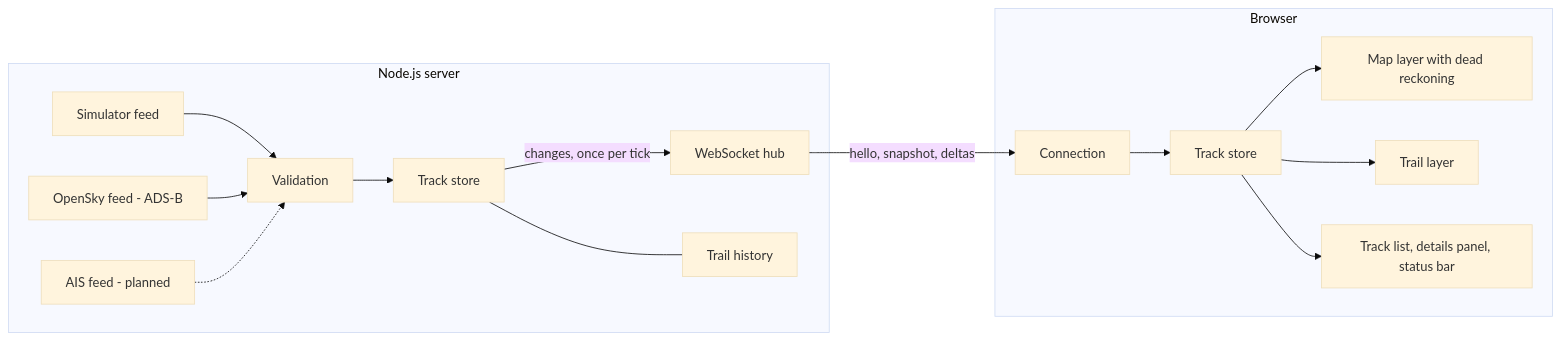
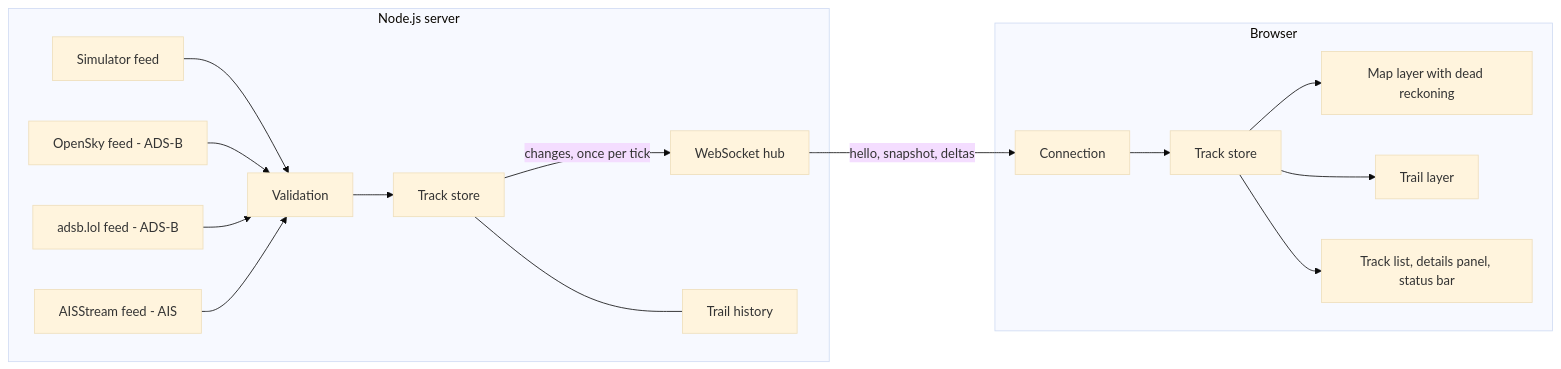
The diagram in README.md (AbrahamSabu/portfolio), drawn with Mermaid (base theme) before and after one commit. The commit also changed other lines of this file and 1 other file, not shown here.

Commit message:
Document live ships from AISStream

````diff
--- a/README.md
+++ b/README.md
@@ -78,18 +84,19 @@
 ```mermaid
 flowchart LR
   subgraph Server [Node.js server]
     SIM[Simulator feed] --> SINK
     ADSB[OpenSky feed - ADS-B] --> SINK
-    AIS[AIS feed - planned] -.-> SINK
+    ADSBLOL[adsb.lol feed - ADS-B] --> SINK
+    AIS[AISStream feed - AIS] --> SINK
     SINK[Validation] --> STORE[Track store]
     STORE -->|changes, once per tick| HUB[WebSocket hub]
     STORE --- HIST[Trail history]
   end
   HUB -->|hello, snapshot, deltas| CLIENT
   subgraph Browser
     CLIENT[Connection] --> CSTORE[Track store]
     CSTORE --> LAYER[Map layer with dead reckoning]
     CSTORE --> TRAILS[Trail layer]
     CSTORE --> PANEL[Track list, details panel, status bar]
   end
 ```
````
